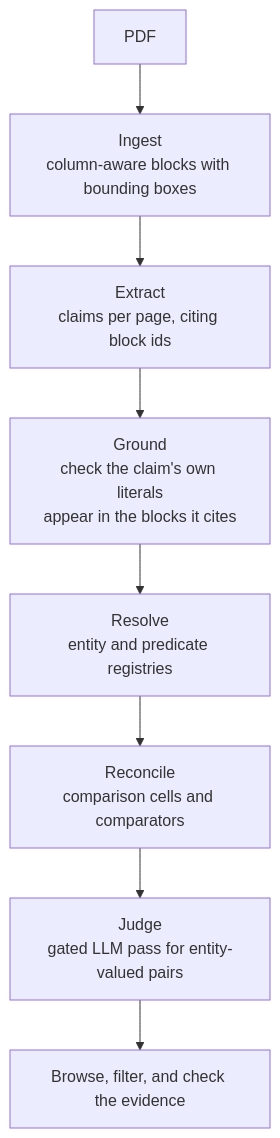
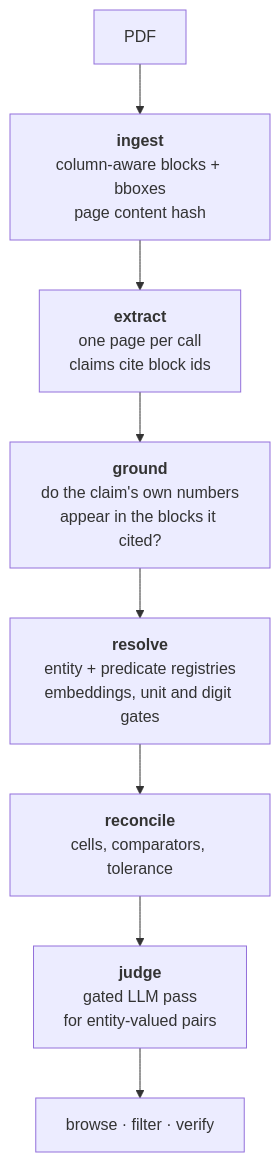
One commit to vishcrv/albatross changed the second of 4 diagrams in README.md. Above: the diagram before and after it, drawn with Mermaid. The commit also changed other lines of this file, not shown here.

First line of the commit message:
readme: architecture first, setup in three lines

````diff
--- a/README.md
+++ b/README.md
@@ -42,10 +68,10 @@
 ```mermaid
 flowchart TD
-    P["PDF"] --> I["Ingest<br/>column-aware blocks with bounding boxes"]
-    I --> X["Extract<br/>claims per page, citing block ids"]
-    X --> G["Ground<br/>check the claim's own literals<br/>appear in the blocks it cites"]
-    G --> R["Resolve<br/>entity and predicate registries"]
-    R --> C["Reconcile<br/>comparison cells and comparators"]
-    C --> J["Judge<br/>gated LLM pass for entity-valued pairs"]
-    J --> U["Browse, filter, and check the evidence"]
+    PDF["PDF"] --> ING["<b>ingest</b><br/>column-aware blocks + bboxes<br/>page content hash"]
+    ING --> EXT["<b>extract</b><br/>one page per call<br/>claims cite block ids"]
+    EXT --> GRD["<b>ground</b><br/>do the claim's own numbers<br/>appear in the blocks it cited?"]
+    GRD --> RES["<b>resolve</b><br/>entity + predicate registries<br/>embeddings, unit and digit gates"]
+    RES --> REC["<b>reconcile</b><br/>cells, comparators, tolerance"]
+    REC --> JDG["<b>judge</b><br/>gated LLM pass<br/>for entity-valued pairs"]
+    JDG --> UI["browse · filter · verify"]
 ```
````
